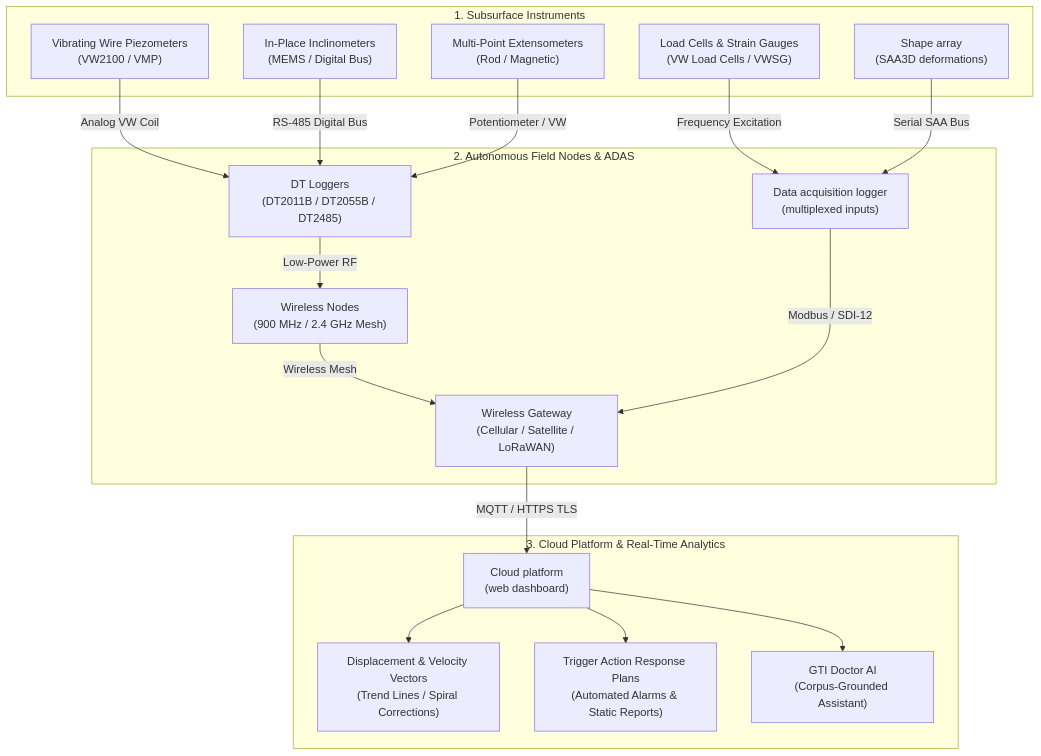
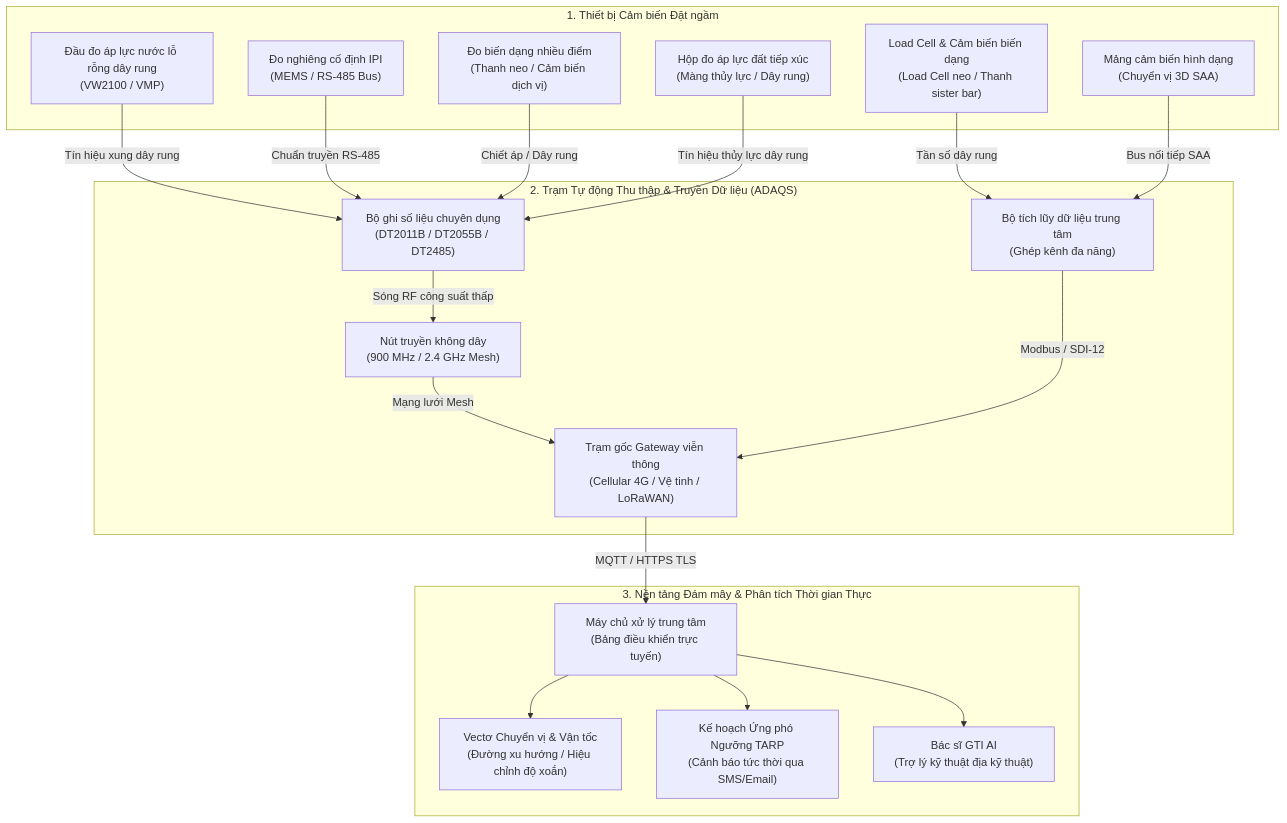
The diagram in docs/vi/visualizer.md (geoinst/geoinst.github.io), drawn with Mermaid before and after one commit. The commit also changed other lines of this file and 4 other files, not shown here.

````diff
--- a/docs/vi/visualizer.md
+++ b/docs/vi/visualizer.md
@@ -231,39 +477,41 @@
 ```mermaid
 graph TD
-    subgraph Subsurface_Sensors["1. Subsurface Instruments"]
-        VWP["Vibrating Wire Piezometers<br/>(VW2100 / VMP)"]
-        IPI["In-Place Inclinometers<br/>(MEMS / Digital Bus)"]
-        MPBX["Multi-Point Extensometers<br/>(Rod / Magnetic)"]
-        LC["Load Cells & Strain Gauges<br/>(VW Load Cells / VWSG)"]
-        SAA["Shape array<br/>(SAA3D deformations)"]
+    subgraph Subsurface_Sensors["1. Thiết bị Cảm biến Đặt ngầm"]
+        VWP["Đầu đo áp lực nước lỗ rỗng dây rung<br/>(VW2100 / VMP)"]
+        IPI["Đo nghiêng cố định IPI<br/>(MEMS / RS-485 Bus)"]
+        MPBX["Đo biến dạng nhiều điểm<br/>(Thanh neo / Cảm biến dịch vị)"]
+        LC["Load Cell & Cảm biến biến dạng<br/>(Load Cell neo / Thanh sister bar)"]
+        SAA["Mảng cảm biến hình dạng<br/>(Chuyển vị 3D SAA)"]
+        EPC["Hộp đo áp lực đất tiếp xúc<br/>(Màng thủy lực / Dây rung)"]
     end
 
-    subgraph Field_Logging_Telemetry["2. Autonomous Field Nodes & ADAS"]
-        DT["DT Loggers<br/>(DT2011B / DT2055B / DT2485)"]
-        L900["Wireless Nodes<br/>(900 MHz / 2.4 GHz Mesh)"]
-        CR6["Data acquisition logger<br/>(multiplexed inputs)"]
-        HUB["Wireless Gateway<br/>(Cellular / Satellite / LoRaWAN)"]
+    subgraph Field_Logging_Telemetry["2. Trạm Tự động Thu thập & Truyền Dữ liệu (ADAQS)"]
+        DT["Bộ ghi số liệu chuyên dụng<br/>(DT2011B / DT2055B / DT2485)"]
+        L900["Nút truyền không dây<br/>(900 MHz / 2.4 GHz Mesh)"]
+        CR6["Bộ tích lũy dữ liệu trung tâm<br/>(Ghép kênh đa năng)"]
+        HUB["Trạm gốc Gateway viễn thông<br/>(Cellular 4G / Vệ tinh / LoRaWAN)"]
     end
 
-    subgraph Cloud_Intelligence["3. Cloud Platform & Real-Time Analytics"]
-        GEO["Cloud platform<br/>(web dashboard)"]
-        CALC["Displacement & Velocity Vectors<br/>(Trend Lines / Spiral Corrections)"]
-        TARP["Trigger Action Response Plans<br/>(Automated Alarms & Static Reports)"]
-        GTI["GTI Doctor AI<br/>(Corpus-Grounded Assistant)"]
+    subgraph Cloud_Intelligence["3. Nền tảng Đám mây & Phân tích Thời gian Thực"]
+        GEO["Máy chủ xử lý trung tâm<br/>(Bảng điều khiển trực tuyến)"]
+        CALC["Vectơ Chuyển vị & Vận tốc<br/>(Đường xu hướng / Hiệu chỉnh độ xoắn)"]
+        TARP["Kế hoạch Ứng phó Ngưỡng TARP<br/>(Cảnh báo tức thời qua SMS/Email)"]
+        GTI["Bác sĩ GTI AI<br/>(Trợ lý kỹ thuật địa kỹ thuật)"]
     end
 
-    VWP -->|Analog VW Coil| DT
-    IPI -->|RS-485 Digital Bus| DT
-    MPBX -->|Potentiometer / VW| DT
-    LC -->|Frequency Excitation| CR6
-    SAA -->|Serial SAA Bus| CR6
+    VWP -->|Tín hiệu xung dây rung| DT
+    IPI -->|Chuẩn truyền RS-485| DT
+    MPBX -->|Chiết áp / Dây rung| DT
+    LC -->|Tần số dây rung| CR6
+    SAA -->|Bus nối tiếp SAA| CR6
+    EPC -->|Tín hiệu thủy lực dây rung| DT
 
-    DT -->|Low-Power RF| L900
-    L900 -->|Wireless Mesh| HUB
+    DT -->|Sóng RF công suất thấp| L900
+    L900 -->|Mạng lưới Mesh| HUB
     CR6 -->|Modbus / SDI-12| HUB
     
     HUB -->|MQTT / HTTPS TLS| GEO
     GEO --> CALC
     GEO --> TARP
     GEO --> GTI
 ```
````
